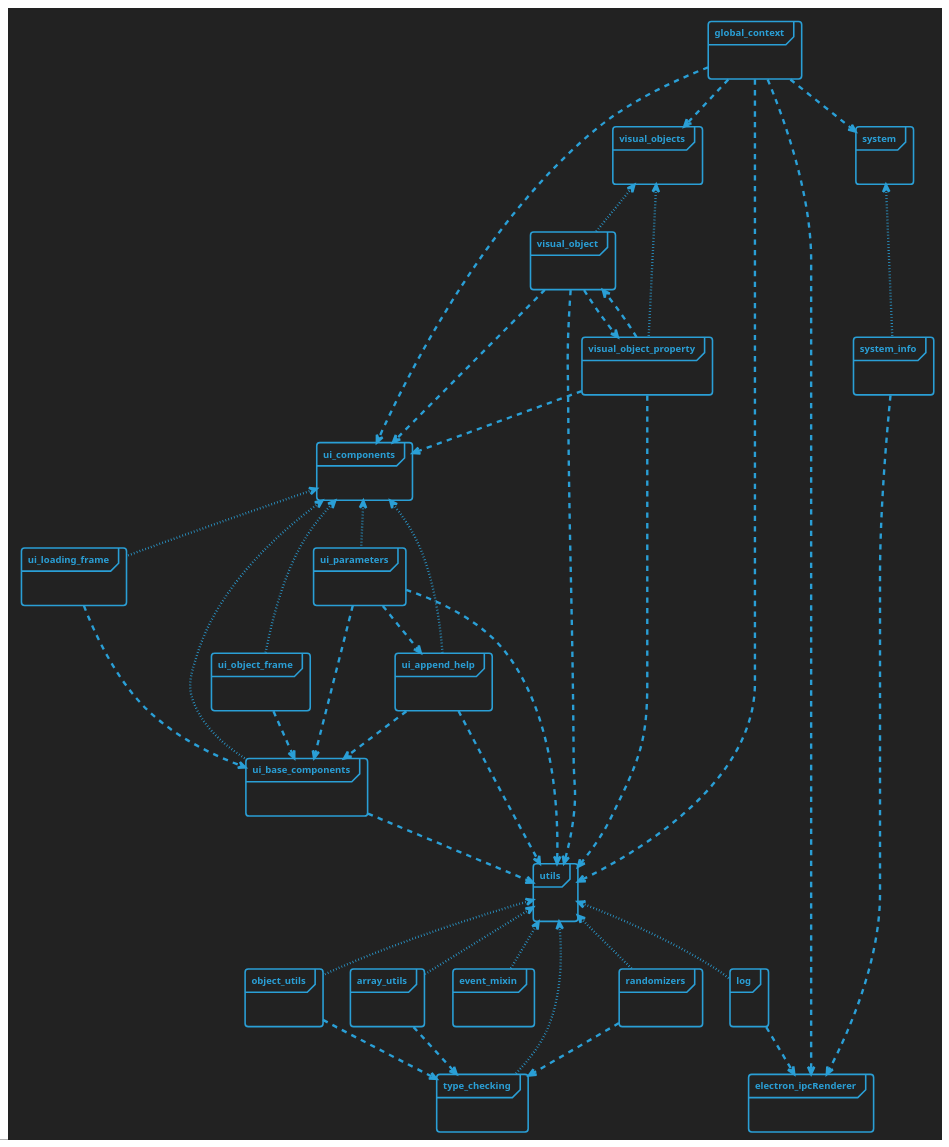
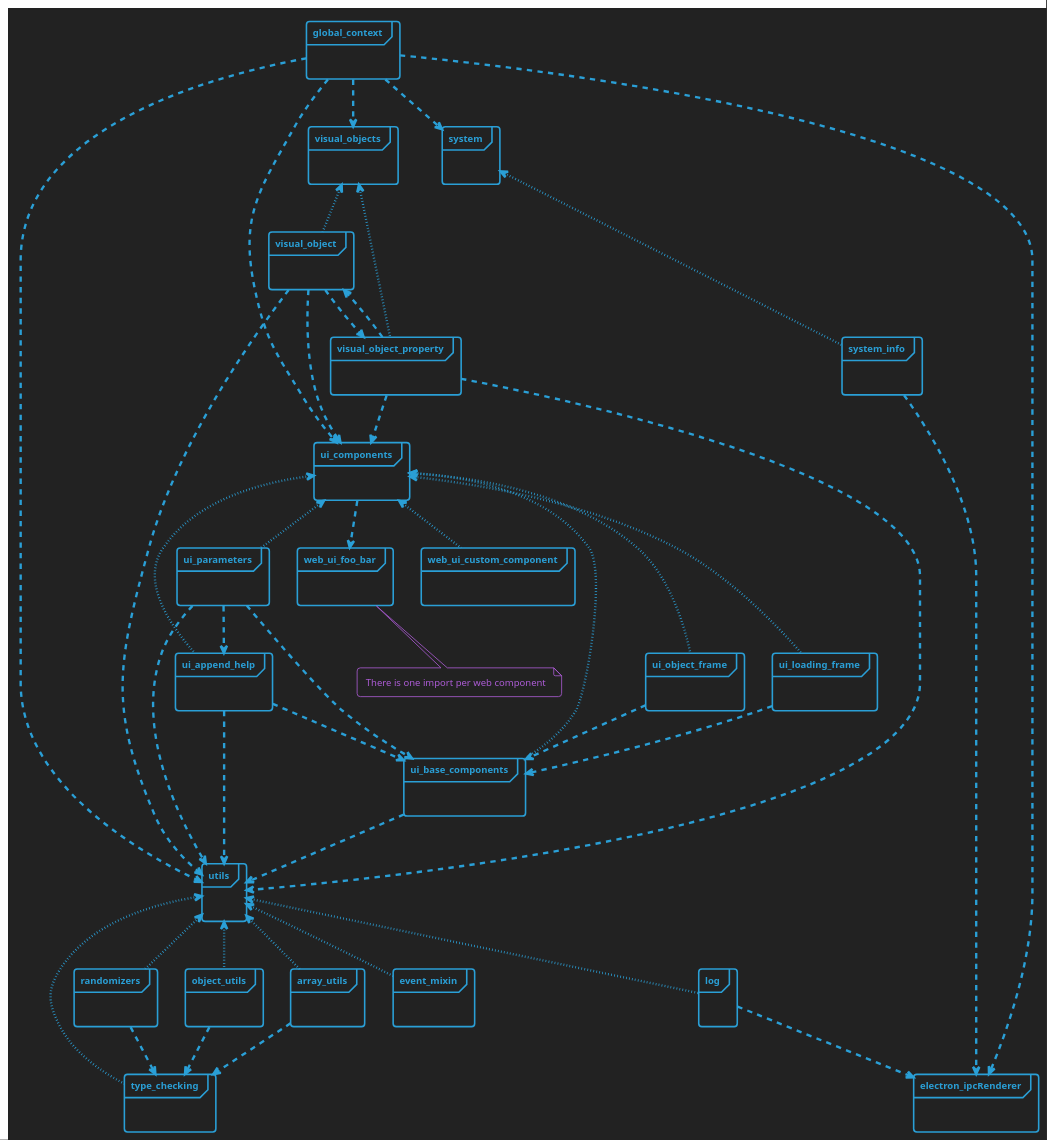
The diagram in docs/modules.plantuml (Picorims/wav2bar), drawn with PlantUML before and after one commit. The commit also changed 8 other files, not shown here.

Commit message:
setup skeleton for creating web components easily

```diff
--- a/docs/modules.plantuml
+++ b/docs/modules.plantuml
@@ -1,113 +1,119 @@
 @startuml modules
 
 'Wav2Bar - Free software for creating audio visualization (motion design) videos
 'Copyright (C) 2022  Picorims <picorims.contact@gmail.com>
 
 'This program is free software: you can redistribute it and/or modify
 'it under the terms of the GNU General Public License as published by
 'the Free Software Foundation, either version 3 of the License, or
 'any later version.
 
 'This program is distributed in the hope that it will be useful,
 'but WITHOUT ANY WARRANTY; without even the implied warranty of
 'MERCHANTABILITY or FITNESS FOR A PARTICULAR PURPOSE.  See the
 'GNU General Public License for more details.
 
 'You should have received a copy of the GNU General Public License
 'along with this program.  If not, see <https://www.gnu.org/licenses/>.
 
 !theme cyborg-outline
 skinparam BackgroundColor #222222
 skinparam PackageStyle frame
 
 'package: dotted = export, otherwise = import
 
 package "global_context" {}
 global_context ..> utils
 global_context ..> ui_components
 global_context ..> system
 global_context ..> electron_ipcRenderer
 global_context ..> visual_objects
 
 
 
 package "electron_ipcRenderer" {}
 
 
 
 package "system" {}
 system <.[dotted]. system_info
 
 package "system_info" {}
 system_info ..> electron_ipcRenderer
 
 
 
 package "ui_components" {}
 ui_components <.[dotted]. ui_base_components
+ui_components <.[dotted]. web_ui_custom_component
+ui_components ..> web_ui_foo_bar
 ui_components <.[dotted]. ui_parameters
 ui_components <.[dotted]. ui_append_help
 ui_components <.[dotted]. ui_object_frame
 ui_components <.[dotted]. ui_loading_frame
 
 package "ui_base_components" {}
 ui_base_components ..> utils
+
+package "web_ui_custom_component" {}
+package "web_ui_foo_bar" {}
+note bottom of web_ui_foo_bar: There is one import per web component
 
 package "ui_parameters" {}
 ui_parameters ..> utils
 ui_parameters ..> ui_base_components
 ui_parameters ..> ui_append_help
 
 package "ui_append_help" {}
 ui_append_help ..> utils
 ui_append_help ..> ui_base_components
 
 package "ui_object_frame" {}
 ui_object_frame ..> ui_base_components
 
 package "ui_loading_frame" {}
 ui_loading_frame ..> ui_base_components
 
 
 
 package "utils" {}
 utils <.[dotted]. type_checking
 utils <.[dotted]. randomizers
 utils <.[dotted]. array_utils
 utils <.[dotted]. log
 utils <.[dotted]. event_mixin
 utils <.[dotted]. object_utils
 
 package "array_utils" {}
 array_utils ..> type_checking
 
 package "randomizers" {}
 randomizers ..> type_checking
 
 package "type_checking" {}
 
 package "log" {}
 log ..> electron_ipcRenderer
 
 package "event_mixin" {}
 
 package "object_utils" {}
 object_utils ..> type_checking
 
 
 
 package "visual_objects" {}
 visual_objects <.[dotted]. visual_object
 visual_objects <.[dotted]. visual_object_property
 
 package "visual_object" {}
 visual_object ..> ui_components
 visual_object ..> utils
 visual_object ..> visual_object_property
 
 package "visual_object_property" {}
 visual_object_property ..> visual_object
 visual_object_property ..> utils
 visual_object_property ..> ui_components
 
 @enduml
```
